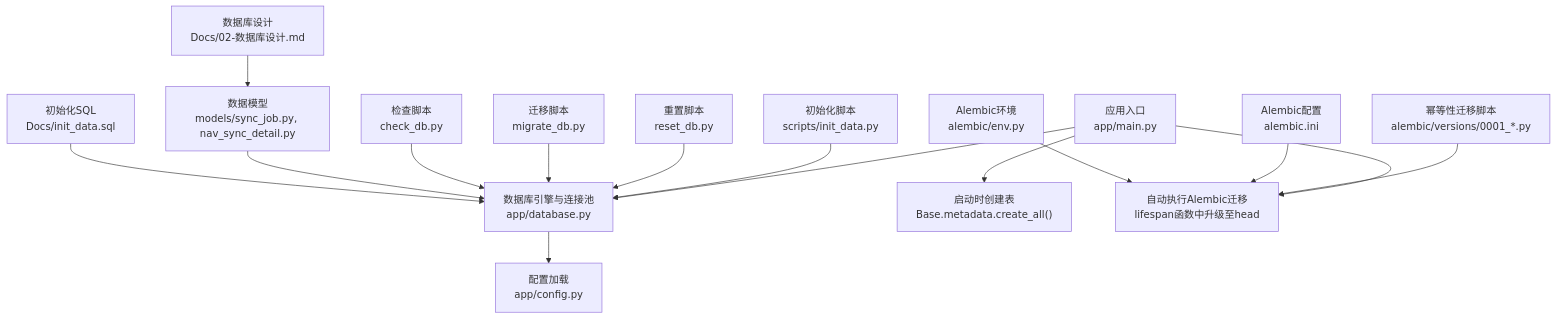
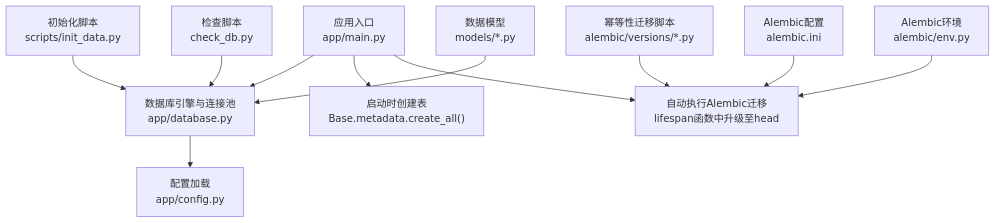
Before and after one commit to gujialind/InvestRing: the first of 4 diagrams in .qoder/repowiki/zh/content/开发指南/部署指南/数据库部署.md, drawn with Mermaid. The commit also changed other lines of this file and 65 other files, not shown here.

````diff
--- a/.qoder/repowiki/zh/content/开发指南/部署指南/数据库部署.md
+++ b/.qoder/repowiki/zh/content/开发指南/部署指南/数据库部署.md
@@ -61,17 +54,13 @@
 ```mermaid
 graph TB
 A["应用入口<br/>app/main.py"] --> B["数据库引擎与连接池<br/>app/database.py"]
 B --> C["配置加载<br/>app/config.py"]
 A --> D["启动时创建表<br/>Base.metadata.create_all()"]
 A --> E["自动执行Alembic迁移<br/>lifespan函数中升级至head"]
-F["幂等性迁移脚本<br/>alembic/versions/0001_*.py"] --> E
+F["幂等性迁移脚本<br/>alembic/versions/*.py"] --> E
 G["初始化脚本<br/>scripts/init_data.py"] --> B
-H["重置脚本<br/>reset_db.py"] --> B
-I["迁移脚本<br/>migrate_db.py"] --> B
-J["检查脚本<br/>check_db.py"] --> B
-K["数据模型<br/>models/sync_job.py, nav_sync_detail.py"] --> B
-L["数据库设计<br/>Docs/02-数据库设计.md"] --> K
-M["初始化SQL<br/>Docs/init_data.sql"] --> B
-N["Alembic配置<br/>alembic.ini"] --> E
-O["Alembic环境<br/>alembic/env.py"] --> E
+H["检查脚本<br/>check_db.py"] --> B
+I["数据模型<br/>models/*.py"] --> B
+J["Alembic配置<br/>alembic.ini"] --> E
+K["Alembic环境<br/>alembic/env.py"] --> E
 ```
````
